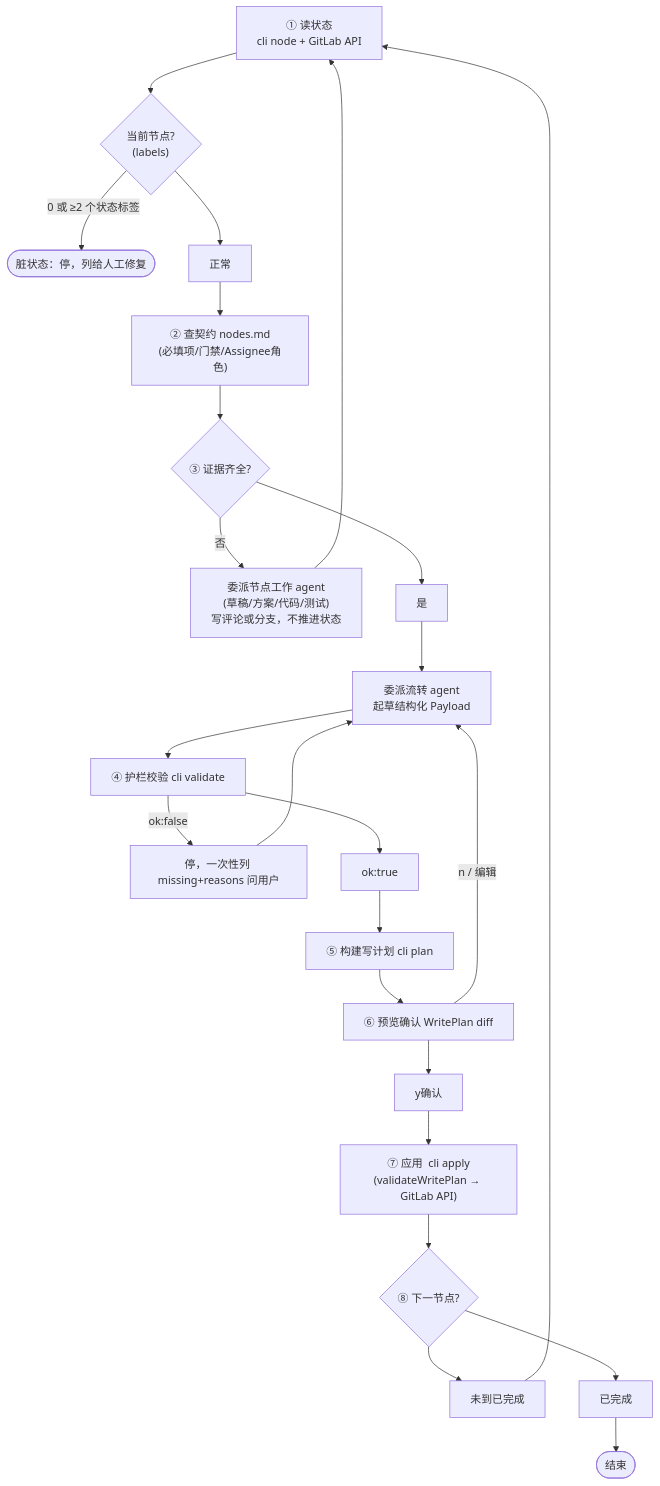
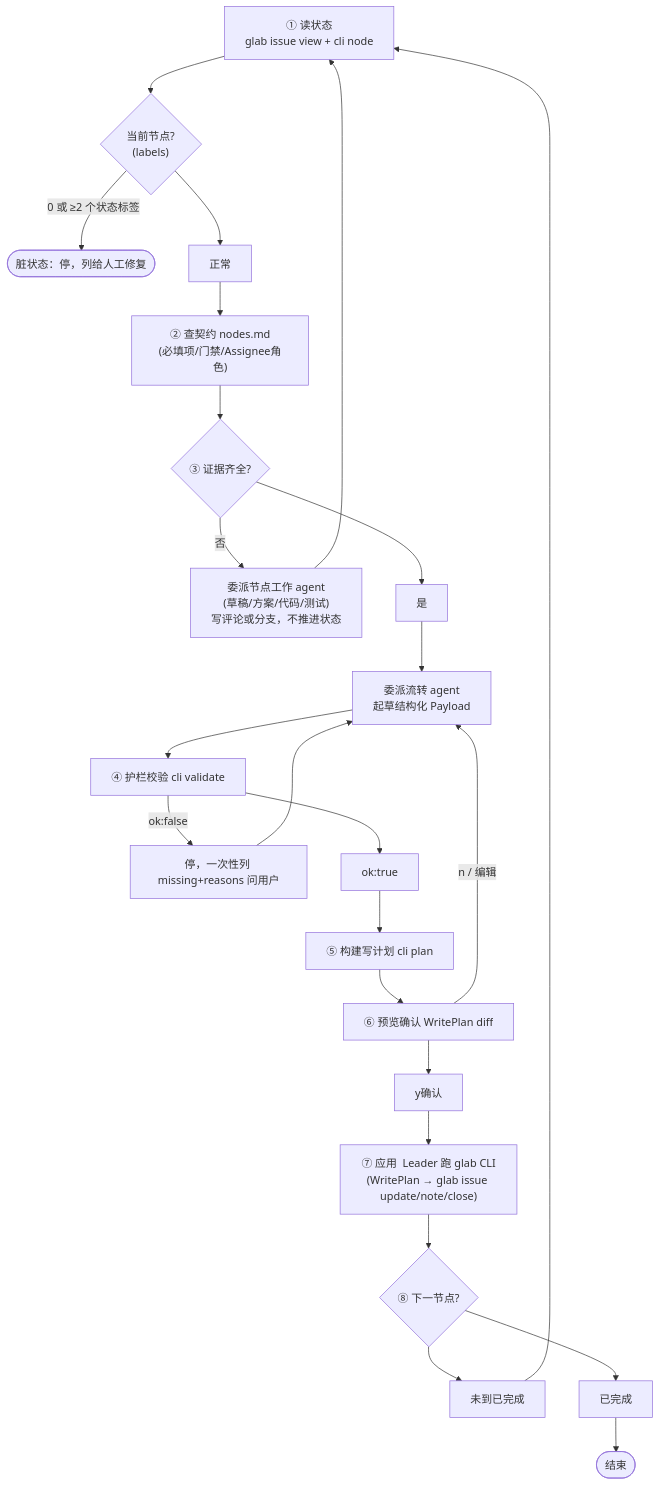
Before and after one commit to jinx911/glab-flow: the second of 3 diagrams in docs/flow.md, drawn with Mermaid. The commit also changed other lines of this file and 12 other files, not shown here.

Commit message:
docs: migrate glab-flow memories into project

````diff
--- a/docs/flow.md
+++ b/docs/flow.md
@@ -50,20 +51,20 @@
 ```mermaid
 flowchart TD
-    A["① 读状态<br/>cli node + GitLab API"] --> B{"当前节点?<br/>(labels)"}
+    A["① 读状态<br/>glab issue view + cli node"] --> B{"当前节点?<br/>(labels)"}
     B -->|"0 或 ≥2 个状态标签"| DIRTY(["脏状态：停，列给人工修复"])
     B --> 正常 --> C["② 查契约 nodes.md<br/>(必填项/门禁/Assignee角色)"]
     C --> D{"③ 证据齐全?"}
     D -->|"否"| WORK["委派节点工作 agent<br/>(草稿/方案/代码/测试)<br/>写评论或分支，不推进状态"]
     WORK --> A
     D --> 是 --> PAYLOAD["委派流转 agent<br/>起草结构化 Payload"]
     PAYLOAD --> VAL["④ 护栏校验  cli validate"]
     VAL -->|"ok:false"| ASK["停，一次性列 missing+reasons 问用户"]
     ASK --> PAYLOAD
     VAL --> ok:true --> PLAN["⑤ 构建写计划  cli plan"]
     PLAN --> PREV["⑥ 预览确认  WritePlan diff"]
     PREV -->|"n / 编辑"| PAYLOAD
-    PREV --> y确认 --> APP["⑦ 应用  cli apply<br/>(validateWritePlan → GitLab API)"]
+    PREV --> y确认 --> APP["⑦ 应用  Leader 跑 glab CLI<br/>(WritePlan → glab issue update/note/close)"]
     APP --> NEXT{"⑧ 下一节点?"}
     NEXT --> 未到已完成 --> A
     NEXT --> 已完成 --> DONE(["结束"])
 ```
````
